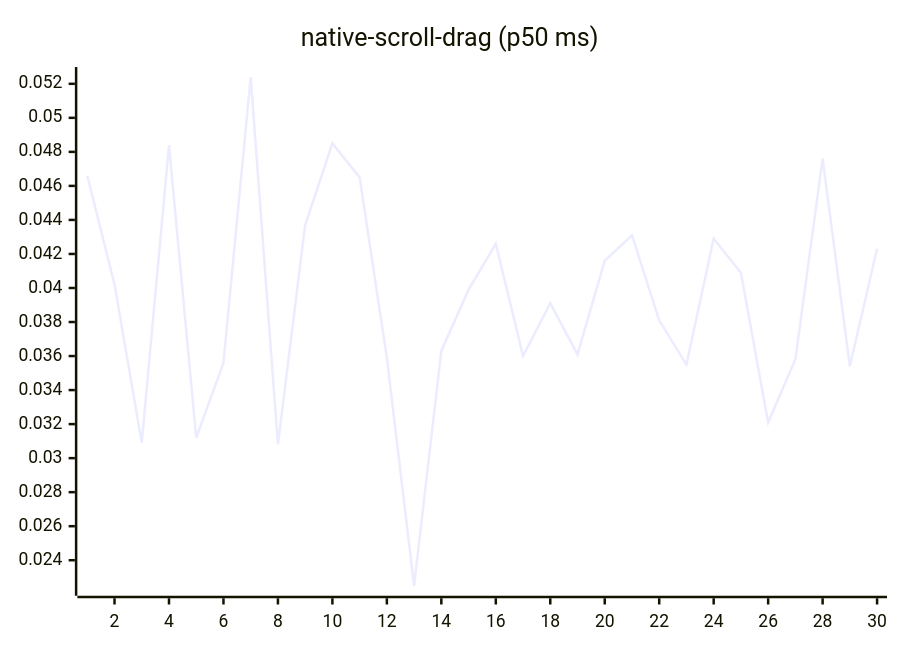
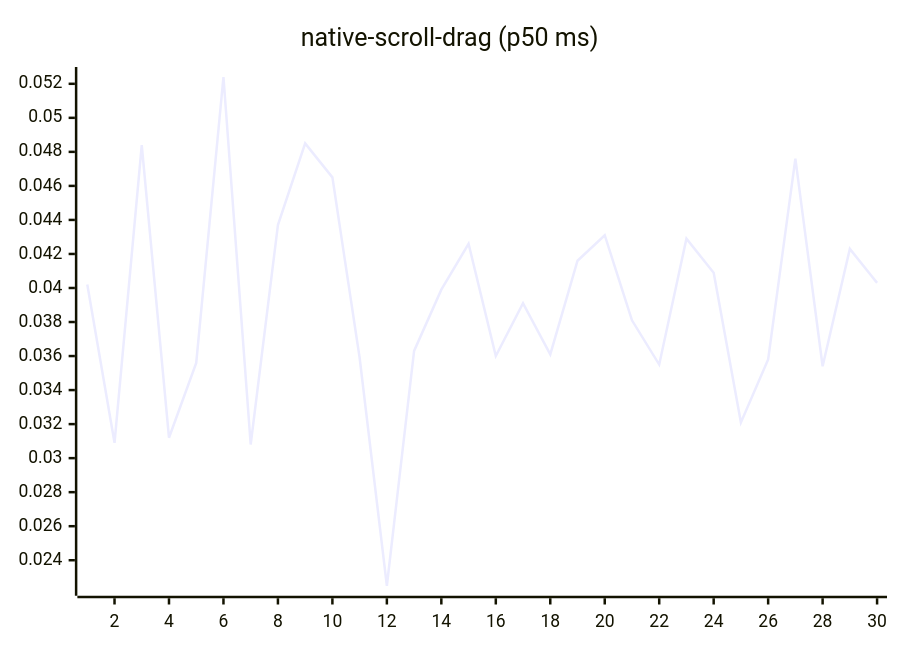
Before and after one commit to josha/Facet: diagram 14 of 27 in README.md, drawn with Mermaid. The commit also changed other lines of this file and 2 other files, not shown here.

````diff
--- a/README.md
+++ b/README.md
@@ -154,6 +154,6 @@
 ```mermaid
 xychart-beta
     title "native-scroll-drag (p50 ms)"
     x-axis 1 --> 30
-    line [0.0466, 0.0402, 0.0309, 0.0484, 0.0312, 0.0356, 0.0524, 0.0308, 0.0437, 0.0485, 0.0465, 0.0359, 0.0225, 0.0363, 0.0399, 0.0426, 0.0360, 0.0391, 0.0361, 0.0416, 0.0431, 0.0381, 0.0355, 0.0429, 0.0409, 0.0321, 0.0358, 0.0476, 0.0354, 0.0423]
+    line [0.0402, 0.0309, 0.0484, 0.0312, 0.0356, 0.0524, 0.0308, 0.0437, 0.0485, 0.0465, 0.0359, 0.0225, 0.0363, 0.0399, 0.0426, 0.0360, 0.0391, 0.0361, 0.0416, 0.0431, 0.0381, 0.0355, 0.0429, 0.0409, 0.0321, 0.0358, 0.0476, 0.0354, 0.0423, 0.0403]
 ```
````
